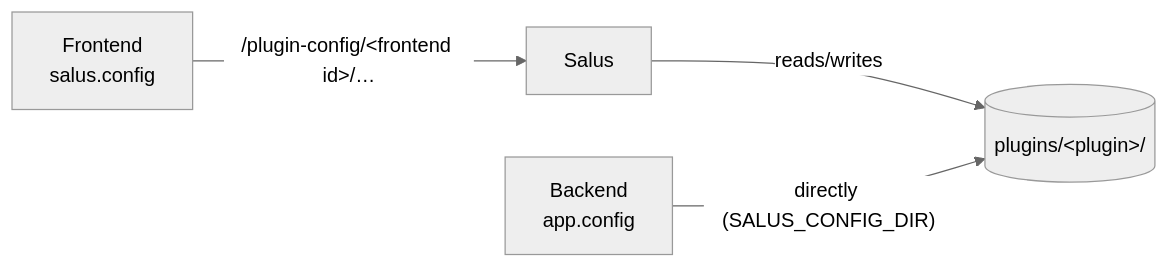
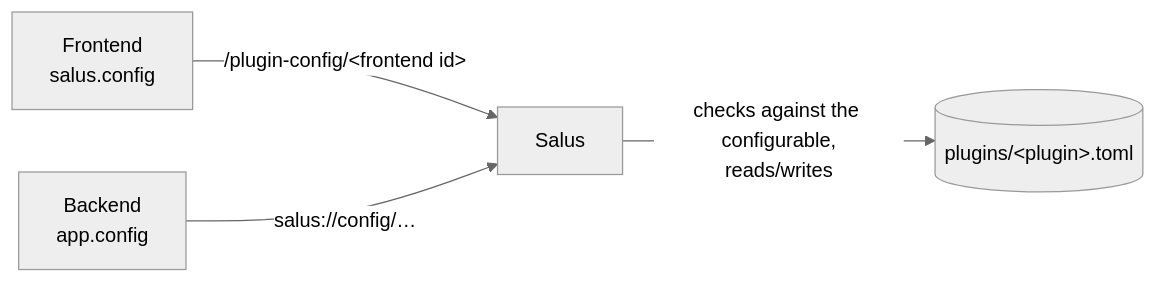
The diagram in docs/guides/config.md (FredericMrozinski/nextgensalus), drawn with Mermaid (neutral theme) before and after one commit. The commit also changed other lines of this file and 38 other files, not shown here.

````diff
--- a/docs/guides/config.md
+++ b/docs/guides/config.md
@@ -78,6 +137,6 @@
 ```mermaid
 flowchart LR
-    F["Frontend<br/>salus.config"] -- "/plugin-config/&lt;frontend id&gt;/…" --> S["Salus"]
-    S -- "reads/writes" --> D[("plugins/&lt;plugin&gt;/")]
-    B["Backend<br/>app.config"] -- "directly (SALUS_CONFIG_DIR)" --> D
+    F["Frontend<br/>salus.config"] -- "/plugin-config/&lt;frontend id&gt;" --> S["Salus"]
+    B["Backend<br/>app.config"] -- "salus://config/…" --> S
+    S -- "checks against the configurable,<br/>reads/writes" --> D[("plugins/&lt;plugin&gt;.toml")]
 ```
````
